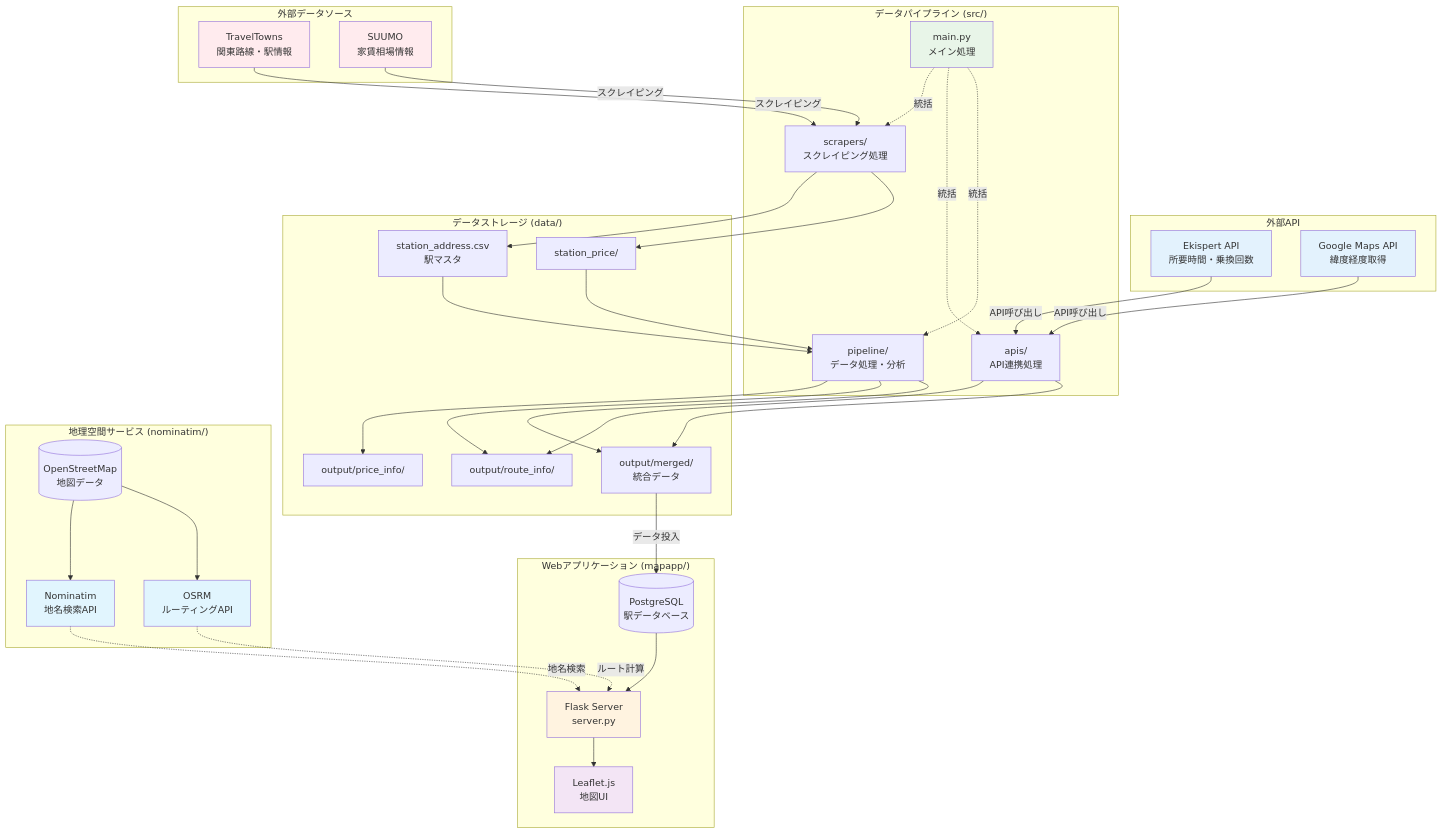
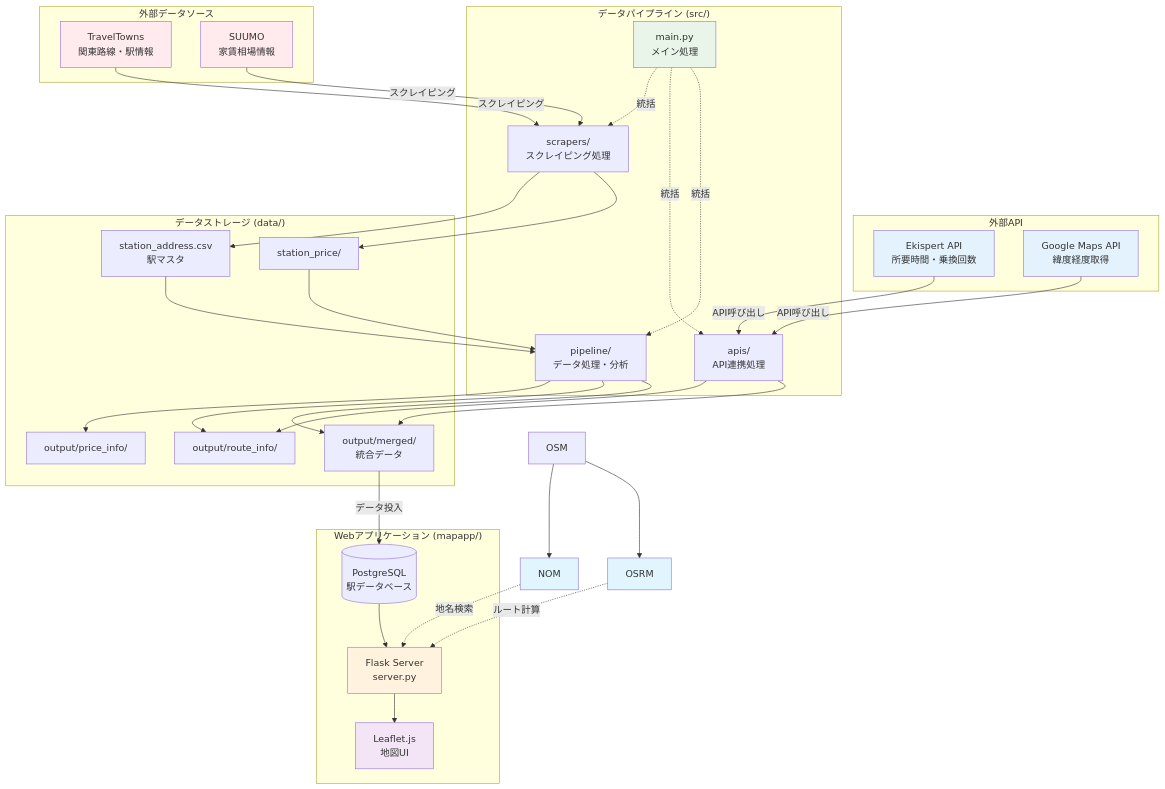
Before and after one commit to masa350z/stationscraper: the second of 3 diagrams in README.md, drawn with Mermaid. The commit also changed other lines of this file and 11 other files, not shown here.

````diff
--- a/README.md
+++ b/README.md
@@ -68,81 +68,75 @@
 ```mermaid
 graph TB
     subgraph "外部データソース"
         TT[TravelTowns<br/>関東路線・駅情報]
         SUUMO[SUUMO<br/>家賃相場情報]
     end
     
     subgraph "外部API"
         EK[Ekispert API<br/>所要時間・乗換回数]
         GM[Google Maps API<br/>緯度経度取得]
     end
     
     subgraph "データパイプライン (src/)"
         MAIN[main.py<br/>メイン処理]
         SCR[scrapers/<br/>スクレイピング処理]
         API[apis/<br/>API連携処理]
         PIPE[pipeline/<br/>データ処理・分析]
     end
     
     subgraph "データストレージ (data/)"
         CSV1[station_address.csv<br/>駅マスタ]
         CSV2[station_price/]
         CSV3[output/price_info/]
         CSV4[output/route_info/]
         CSV5[output/merged/<br/>統合データ]
     end
     
     subgraph "Webアプリケーション (mapapp/)"
         FLASK[Flask Server<br/>server.py]
         POSTGRES[(PostgreSQL<br/>駅データベース)]
         FRONT[Leaflet.js<br/>地図UI]
     end
-    
-    subgraph "地理空間サービス (nominatim/)"
-        NOM[Nominatim<br/>地名検索API]
-        OSRM[OSRM<br/>ルーティングAPI]
-        OSM[(OpenStreetMap<br/>地図データ)]
-    end
-    
+
     %% データフロー
     TT -->|スクレイピング| SCR
     SUUMO -->|スクレイピング| SCR
     SCR --> CSV1
     SCR --> CSV2
     
     EK -->|API呼び出し| API
     GM -->|API呼び出し| API
     API --> CSV4
     API --> CSV5
     
     CSV1 --> PIPE
     CSV2 --> PIPE
     PIPE --> CSV3
     PIPE --> CSV4
     PIPE --> CSV5
     
     MAIN -.->|統括| SCR
     MAIN -.->|統括| API  
     MAIN -.->|統括| PIPE
     
     %% Webアプリへのデータフロー
     CSV5 -->|データ投入| POSTGRES
     POSTGRES --> FLASK
     FLASK --> FRONT
     
     %% 地理空間サービス
     OSM --> NOM
     OSM --> OSRM
     NOM -.->|地名検索| FLASK
     OSRM -.->|ルート計算| FLASK
     
     style TT fill:#ffebee
     style SUUMO fill:#ffebee
     style EK fill:#e3f2fd
     style GM fill:#e3f2fd
     style MAIN fill:#e8f5e8
     style FLASK fill:#fff3e0
     style FRONT fill:#f3e5f5
     style NOM fill:#e1f5fe
     style OSRM fill:#e1f5fe
 ```
````
